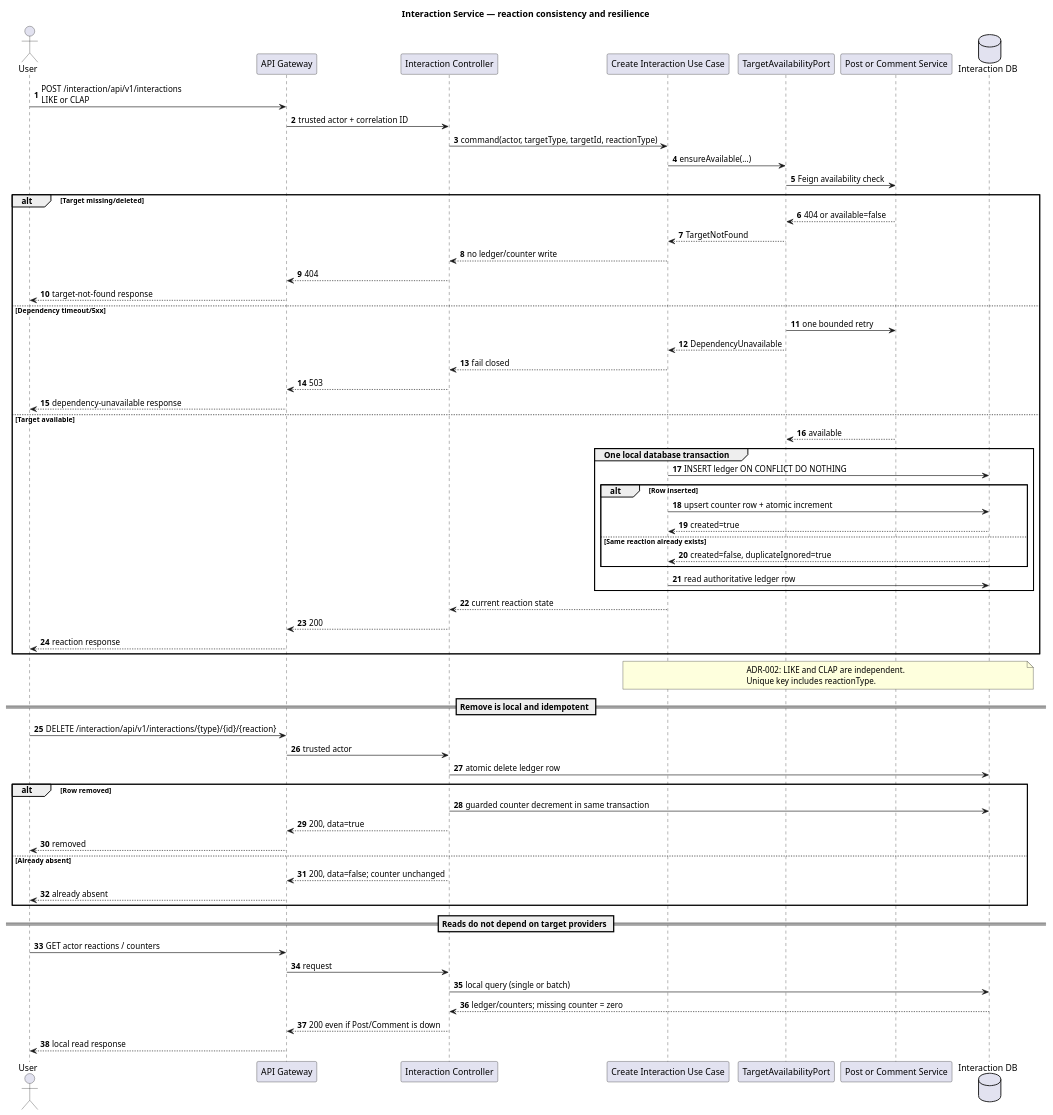
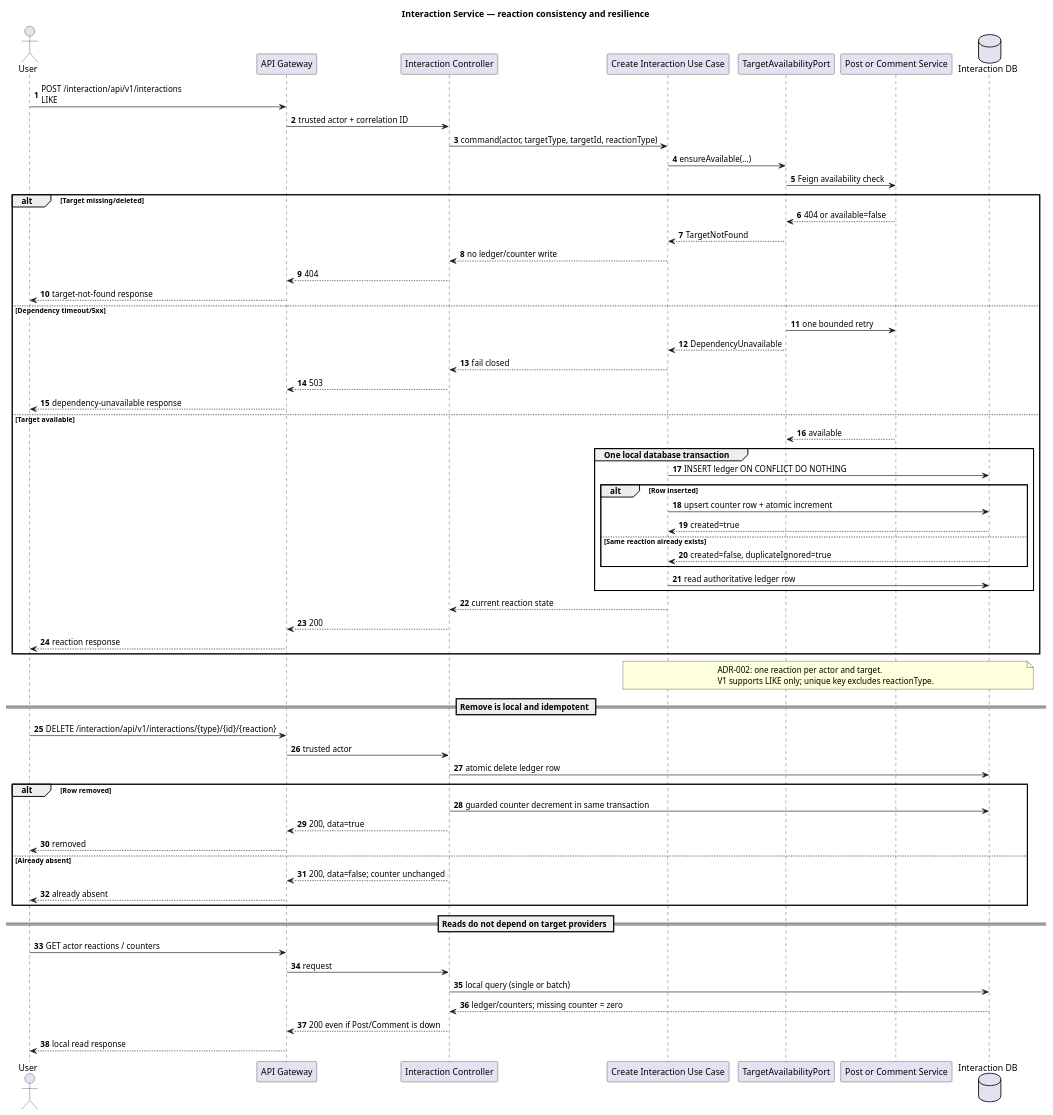
One commit to NamPham14/Social-Media changed the diagram in docs/diagrams/interaction-command-flow.puml. Above: the diagram before and after it, drawn with PlantUML. The commit also changed 80 other files, not shown here.

```diff
--- a/docs/diagrams/interaction-command-flow.puml
+++ b/docs/diagrams/interaction-command-flow.puml
@@ -1,74 +1,74 @@
 @startuml
 title Interaction Service — reaction consistency and resilience
 skinparam shadowing false
 autonumber
 
 actor User
 participant "API Gateway" as Gateway
 participant "Interaction Controller" as API
 participant "Create Interaction Use Case" as Create
 participant "TargetAvailabilityPort" as TargetPort
 participant "Post or Comment Service" as Target
 database "Interaction DB" as DB
 
-User -> Gateway : POST /interaction/api/v1/interactions\nLIKE or CLAP
+User -> Gateway : POST /interaction/api/v1/interactions\nLIKE
 Gateway -> API : trusted actor + correlation ID
 API -> Create : command(actor, targetType, targetId, reactionType)
 Create -> TargetPort : ensureAvailable(...)
 TargetPort -> Target : Feign availability check
 
 alt Target missing/deleted
   Target --> TargetPort : 404 or available=false
   TargetPort --> Create : TargetNotFound
   Create --> API : no ledger/counter write
   API --> Gateway : 404
   Gateway --> User : target-not-found response
 else Dependency timeout/5xx
   TargetPort -> Target : one bounded retry
   TargetPort --> Create : DependencyUnavailable
   Create --> API : fail closed
   API --> Gateway : 503
   Gateway --> User : dependency-unavailable response
 else Target available
   Target --> TargetPort : available
   group One local database transaction
     Create -> DB : INSERT ledger ON CONFLICT DO NOTHING
     alt Row inserted
       Create -> DB : upsert counter row + atomic increment
       DB --> Create : created=true
     else Same reaction already exists
       DB --> Create : created=false, duplicateIgnored=true
     end
     Create -> DB : read authoritative ledger row
   end
   Create --> API : current reaction state
   API --> Gateway : 200
   Gateway --> User : reaction response
 end
 
 note over Create,DB
-  ADR-002: LIKE and CLAP are independent.
-  Unique key includes reactionType.
+  ADR-002: one reaction per actor and target.
+  V1 supports LIKE only; unique key excludes reactionType.
 end note
 
 == Remove is local and idempotent ==
 User -> Gateway : DELETE /interaction/api/v1/interactions/{type}/{id}/{reaction}
 Gateway -> API : trusted actor
 API -> DB : atomic delete ledger row
 alt Row removed
   API -> DB : guarded counter decrement in same transaction
   API --> Gateway : 200, data=true
   Gateway --> User : removed
 else Already absent
   API --> Gateway : 200, data=false; counter unchanged
   Gateway --> User : already absent
 end
 
 == Reads do not depend on target providers ==
 User -> Gateway : GET actor reactions / counters
 Gateway -> API : request
 API -> DB : local query (single or batch)
 DB --> API : ledger/counters; missing counter = zero
 API --> Gateway : 200 even if Post/Comment is down
 Gateway --> User : local read response
 @enduml
```
